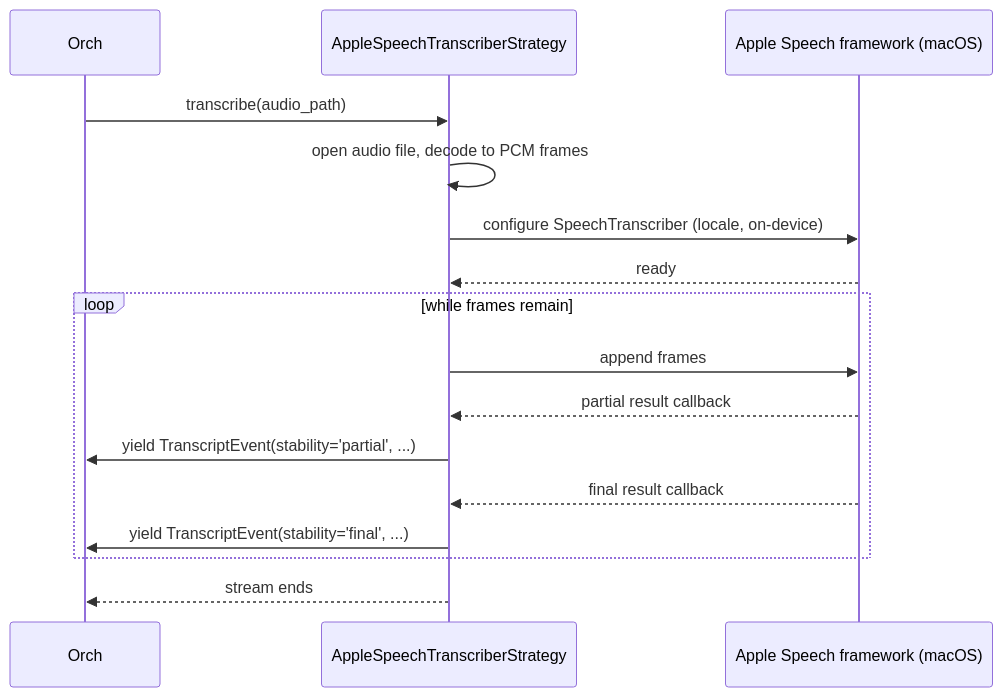
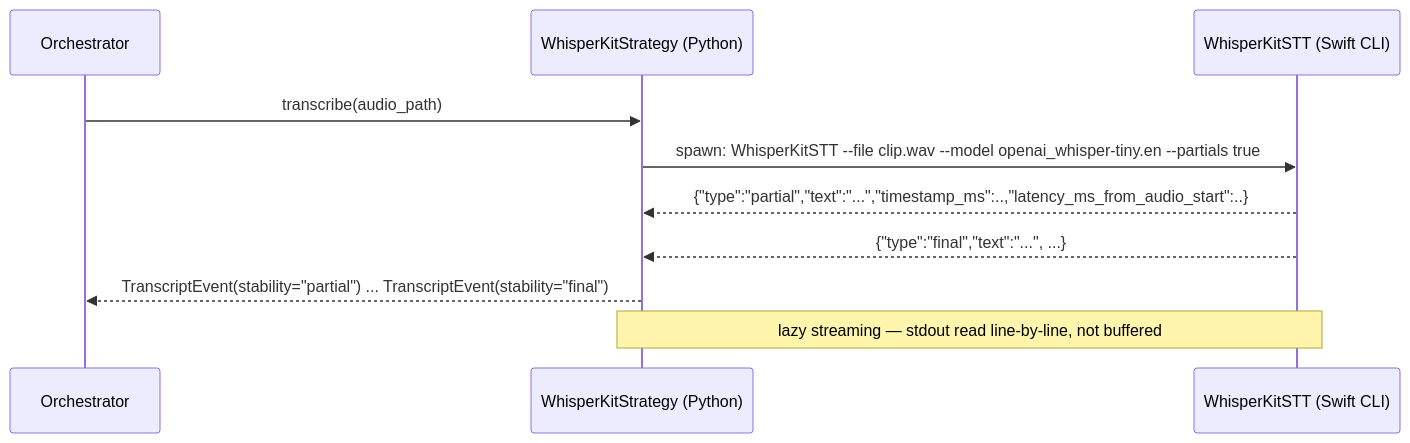
Before and after one commit to trikabijal/roadtosale: the second of 4 diagrams in voice-engine/docs/flows.md, drawn with Mermaid. The commit also changed other lines of this file and 16 other files, not shown here.

````diff
--- a/voice-engine/docs/flows.md
+++ b/voice-engine/docs/flows.md
@@ -74,19 +77,12 @@
 ```mermaid
 sequenceDiagram
-  participant Orch
-  participant Strat as AppleSpeechTranscriberStrategy
-  participant Apple as Apple Speech framework (macOS)
-
-  Orch->>Strat: transcribe(audio_path)
-  Strat->>Strat: open audio file, decode to PCM frames
-  Strat->>Apple: configure SpeechTranscriber (locale, on-device)
-  Apple-->>Strat: ready
-  loop while frames remain
-    Strat->>Apple: append frames
-    Apple-->>Strat: partial result callback
-    Strat->>Orch: yield TranscriptEvent(stability='partial', ...)
-    Apple-->>Strat: final result callback
-    Strat->>Orch: yield TranscriptEvent(stability='final', ...)
-  end
-  Strat-->>Orch: stream ends
+  participant O as Orchestrator
+  participant S as WhisperKitStrategy (Python)
+  participant C as WhisperKitSTT (Swift CLI)
+  O->>S: transcribe(audio_path)
+  S->>C: spawn: WhisperKitSTT --file clip.wav --model openai_whisper-tiny.en --partials true
+  C-->>S: {"type":"partial","text":"...","timestamp_ms":..,"latency_ms_from_audio_start":..}
+  C-->>S: {"type":"final","text":"...", ...}
+  S-->>O: TranscriptEvent(stability="partial") ... TranscriptEvent(stability="final")
+  Note over S,C: lazy streaming — stdout read line-by-line, not buffered
 ```
````
